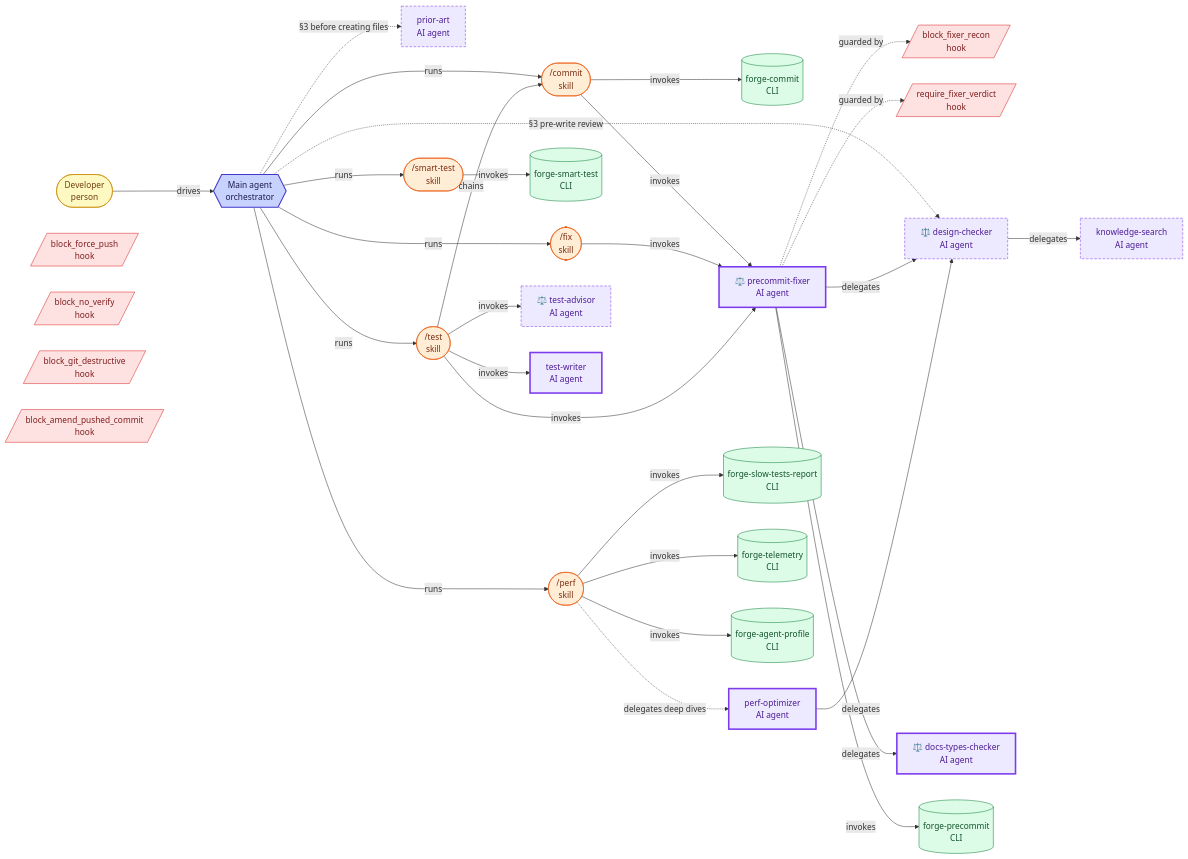
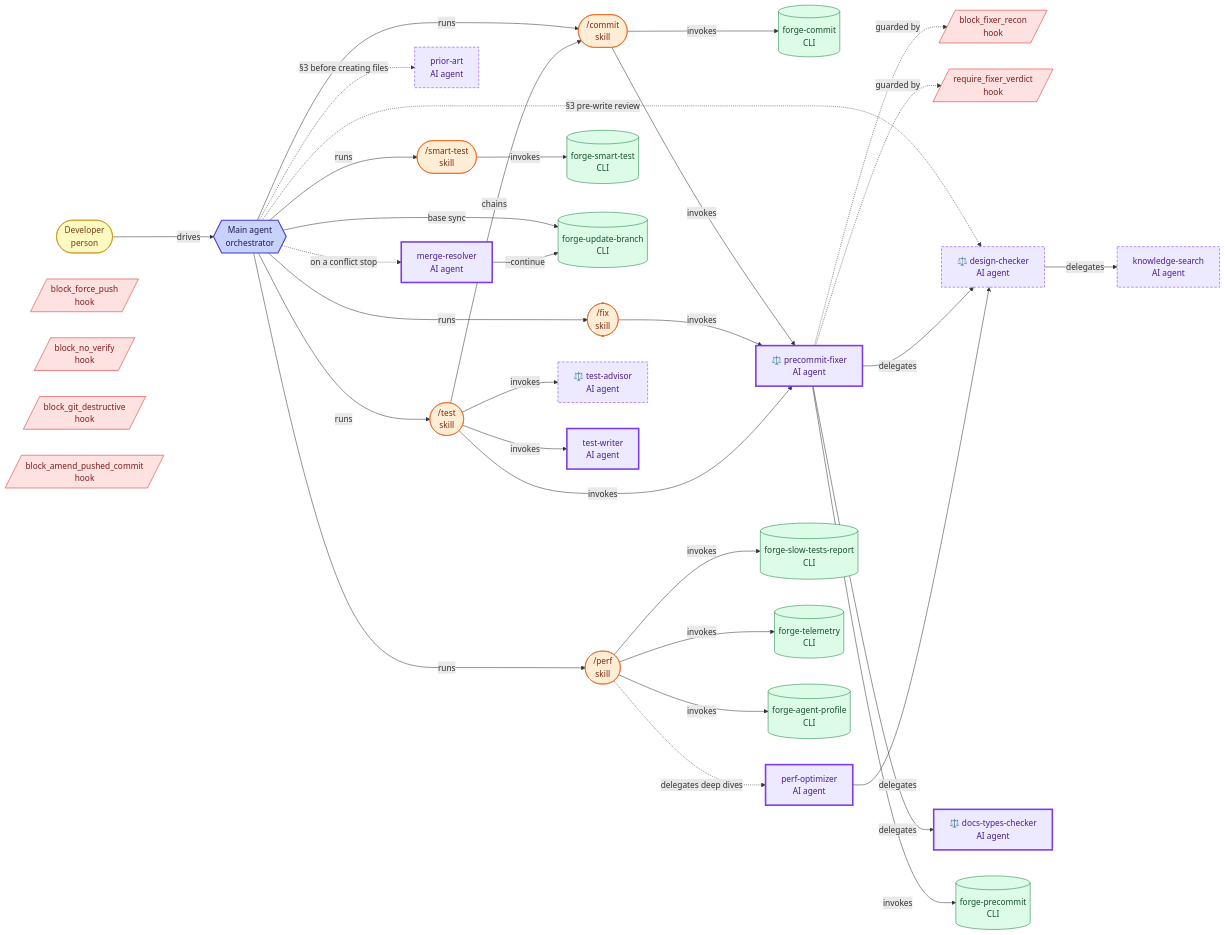
One commit to misnaej/forge changed the second of 7 diagrams in docs/agent-architecture.md. Above: the diagram before and after it, drawn with Mermaid. The commit also changed 33 other files, not shown here.

First line of the commit message:
feat(sync): add forge-update-branch; merges leave forge-commit

```diff
--- a/docs/agent-architecture.md
+++ b/docs/agent-architecture.md
@@ -118,6 +118,8 @@
   cli_forge_precommit[("forge-precommit<br/>CLI")]
   cli_forge_smart_test[("forge-smart-test<br/>CLI")]
   cli_forge_commit[("forge-commit<br/>CLI")]
+  cli_forge_update_branch[("forge-update-branch<br/>CLI")]
+  merge_resolver["merge-resolver<br/>AI agent"]
   knowledge_search["knowledge-search<br/>AI agent"]
   perf_optimizer["perf-optimizer<br/>AI agent"]
   prior_art["prior-art<br/>AI agent"]
@@ -147,6 +149,9 @@
   perf_optimizer -->|delegates| design_checker
   sk_commit -->|invokes| precommit_fixer
   sk_commit -->|invokes| cli_forge_commit
+  main_agent -->|base sync| cli_forge_update_branch
+  main_agent -. on a conflict stop .-> merge_resolver
+  merge_resolver -->|--continue| cli_forge_update_branch
   sk_fix -->|invokes| precommit_fixer
   sk_test -->|invokes| test_advisor
   sk_test -->|invokes| test_writer
@@ -173,6 +178,9 @@
   class cli_forge_precommit cli
   class cli_forge_smart_test cli
   class cli_forge_commit cli
+  class cli_forge_update_branch cli
+  class merge_resolver agent
+  class merge_resolver mutator
   class knowledge_search agent
   class knowledge_search reporter
   class perf_optimizer agent
```
